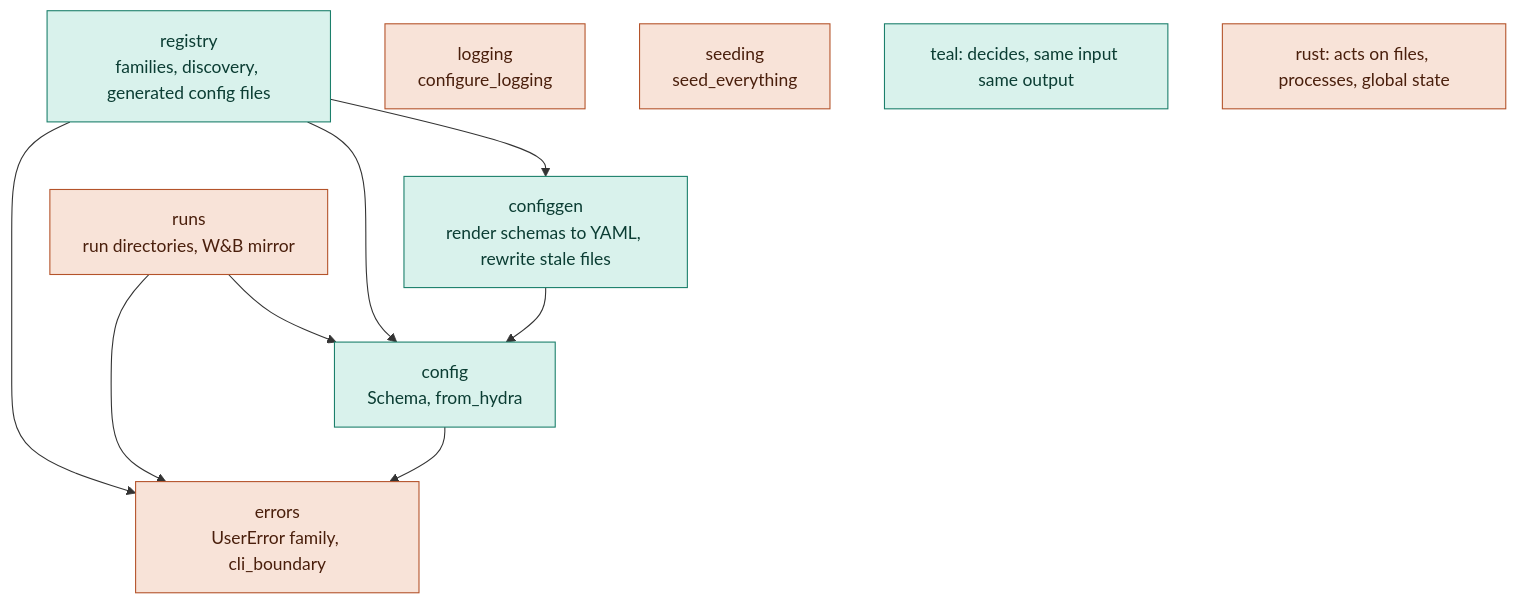
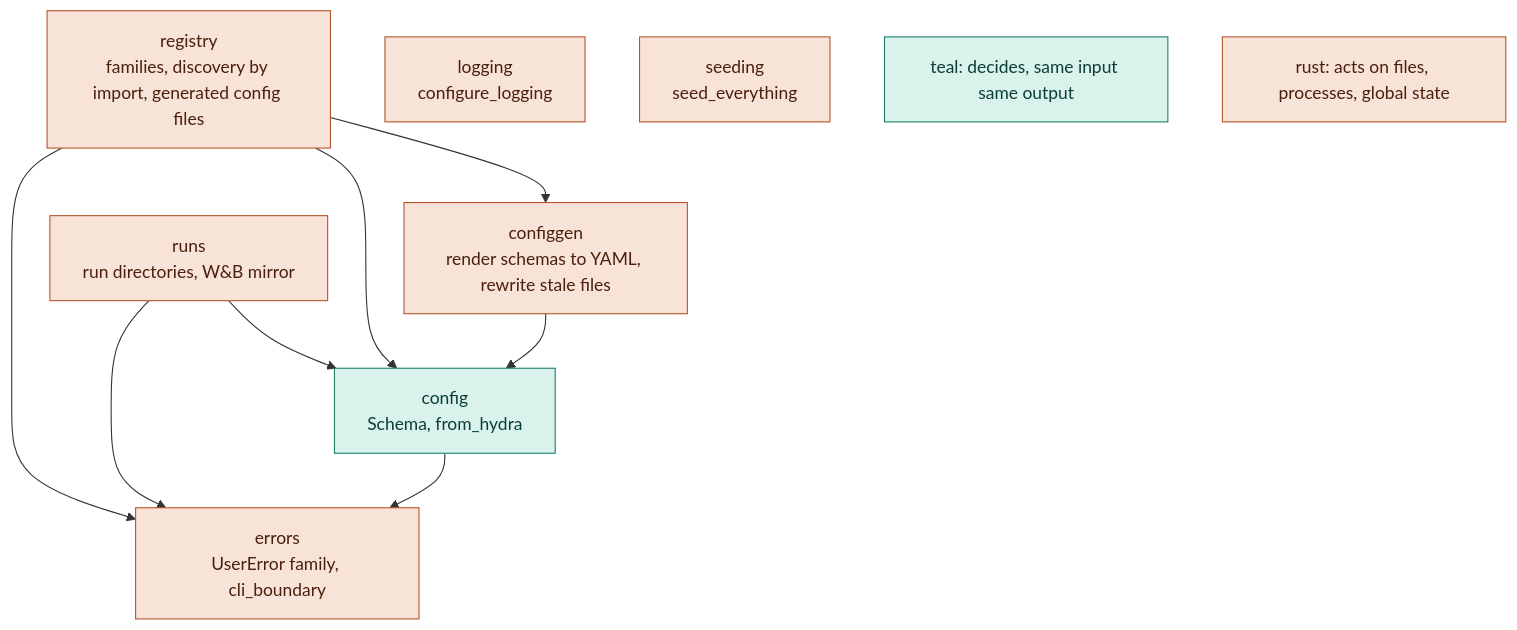
One commit to nuinashco/nuikit changed the diagram in CONTRIBUTING.md. Above: the diagram before and after it, drawn with Mermaid.

Commit message:
docs: colour configgen and registry as effectful in diagram

````diff
--- a/CONTRIBUTING.md
+++ b/CONTRIBUTING.md
@@ -9,18 +9,18 @@
 ```mermaid
 flowchart TD
-    registry["registry<br/>families, discovery, generated config files"]:::pure
-    configgen["configgen<br/>render schemas to YAML, rewrite stale files"]:::pure
+    registry["registry<br/>families, discovery by import, generated config files"]:::side
+    configgen["configgen<br/>render schemas to YAML, rewrite stale files"]:::side
     runs["runs<br/>run directories, W&B mirror"]:::side
     config["config<br/>Schema, from_hydra"]:::pure
     errors["errors<br/>UserError family, cli_boundary"]:::side
     logging["logging<br/>configure_logging"]:::side
     seeding["seeding<br/>seed_everything"]:::side
     registry --> configgen & config & errors
     configgen --> config
     runs --> config & errors
     config --> errors
     pure["teal: decides, same input same output"]:::pure
     side["rust: acts on files, processes, global state"]:::side
     classDef pure fill:#d9f2ec,stroke:#1b7f6b,color:#0b3d33
     classDef side fill:#f8e3d8,stroke:#b4532a,color:#4a1f0c
 ```
````
